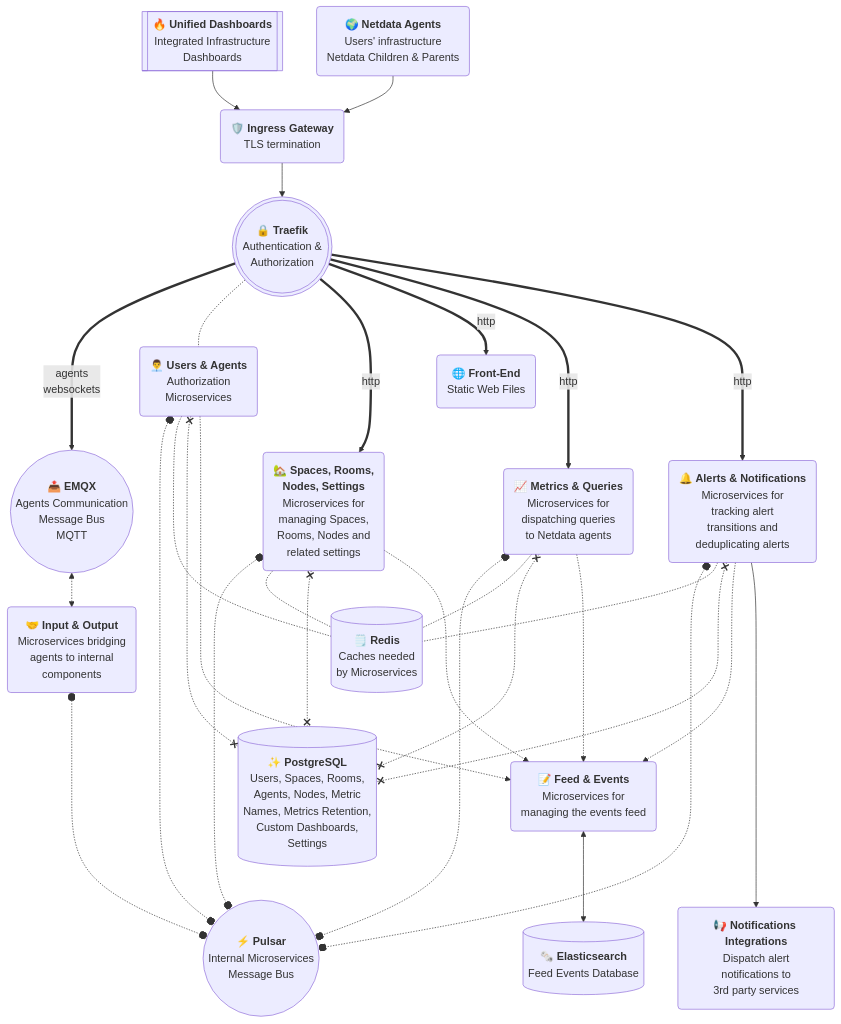
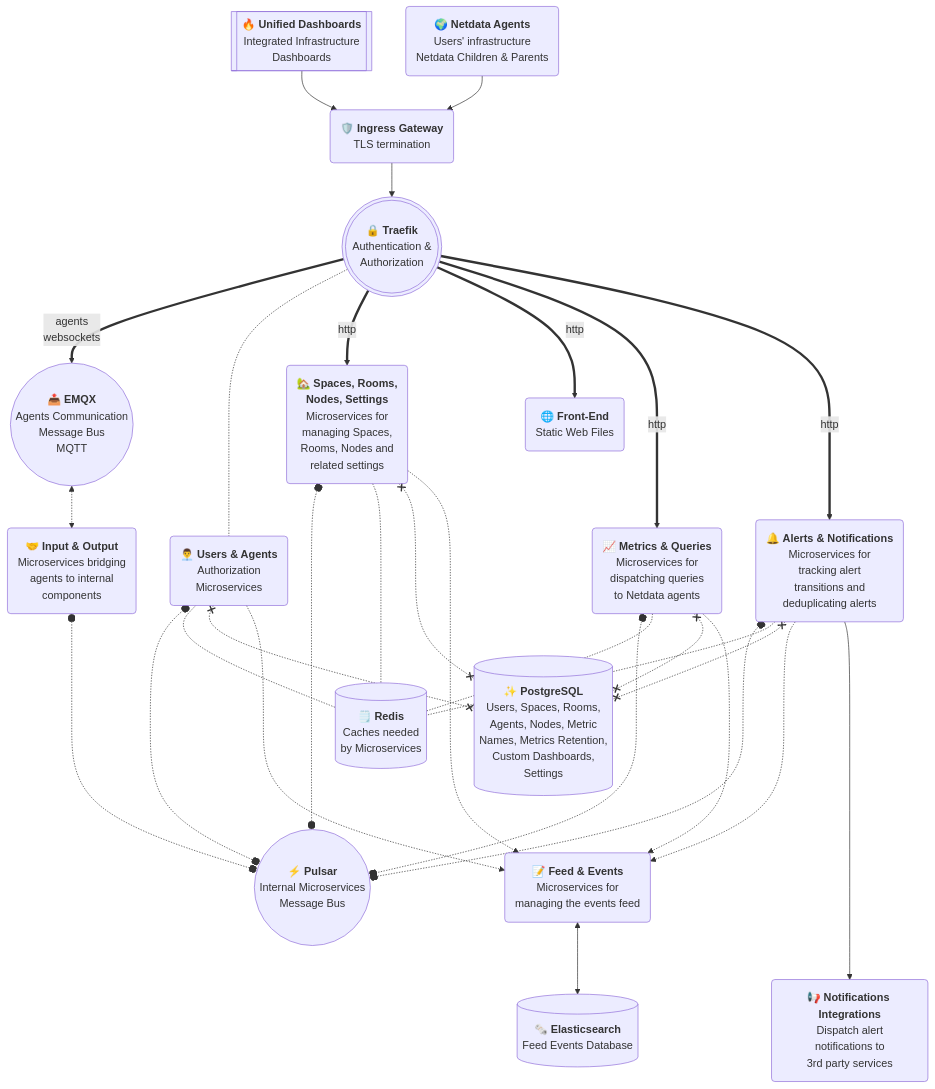
The diagram in docs/netdata-cloud/netdata-cloud-on-prem/README.md (netdata/netdata), drawn with Mermaid before and after one commit.

Commit message:
comment out mermaid problematic line

````diff
--- a/docs/netdata-cloud/netdata-cloud-on-prem/README.md
+++ b/docs/netdata-cloud/netdata-cloud-on-prem/README.md
@@ -7,49 +7,49 @@
 ```mermaid
 flowchart TD
     agents("🌍 <b>Netdata Agents</b><br/>Users' infrastructure<br/>Netdata Children & Parents")
     users[["🔥 <b>Unified Dashboards</b><br/>Integrated Infrastructure<br/>Dashboards"]]
     ingress("🛡️ <b>Ingress Gateway</b><br/>TLS termination")
     traefik((("🔒 <b>Traefik</b><br/>Authentication &<br/>Authorization")))
     emqx(("📤 <b>EMQX</b><br/>Agents Communication<br/>Message Bus<br/>MQTT"))
     pulsar(("⚡ <b>Pulsar</b><br/>Internal Microservices<br/>Message Bus"))
     frontend("🌐 <b>Front-End</b><br/>Static Web Files")
     auth("👨‍💼 <b>Users &amp; Agents</b><br/>Authorization<br/>Microservices")
     spaceroom("🏡 <b>Spaces, Rooms,<br/>Nodes, Settings</b><br/>Microservices for<br/>managing Spaces,<br/>Rooms, Nodes and<br/>related settings")
     charts("📈 <b>Metrics & Queries</b><br/>Microservices for<br/>dispatching queries<br/>to Netdata agents")
     alerts("🔔 <b>Alerts & Notifications</b><br/>Microservices for<br/>tracking alert<br/>transitions and<br/>deduplicating alerts")
     sql[("✨ <b>PostgreSQL</b><br/>Users, Spaces, Rooms,<br/>Agents, Nodes, Metric<br/>Names, Metrics Retention,<br/>Custom Dashboards,<br/>Settings")]
     redis[("🗒️ <b>Redis</b><br/>Caches needed<br/>by Microservices")]
     elk[("🗞️ <b>Elasticsearch</b><br/>Feed Events Database")]
     bridges("🤝 <b>Input & Output</b><br/>Microservices bridging<br/>agents to internal<br/>components")
     notifications("📢 <b>Notifications Integrations</b><br/>Dispatch alert<br/>notifications to<br/>3rd party services")
     feed("📝 <b>Feed & Events</b><br/>Microservices for<br/>managing the events feed")
     users --> ingress
     agents --> ingress
     ingress --> traefik
     traefik ==>|agents<br/>websockets| emqx
     traefik -.- auth
     traefik ==>|http| spaceroom
     traefik ==>|http| frontend
     traefik ==>|http| charts
     traefik ==>|http| alerts
     spaceroom o-...-o pulsar
     spaceroom -.- redis
     spaceroom x-..-x sql
     spaceroom -.-> feed
     charts o-.-o pulsar
     charts -.- redis
     charts x-.-x sql
     charts -..-> feed
     alerts o-.-o pulsar
     alerts -.- redis
     alerts x-.-x sql
     alerts -..-> feed
     auth o-.-o pulsar
     auth -.- redis
     auth x-.-x sql
     auth -.-> feed
     feed <--> elk
     alerts ----> notifications
-    auth ~~~ spaceroom
+    %% auth ~~~ spaceroom
     emqx <.-> bridges o-..-o pulsar
 ```
````
